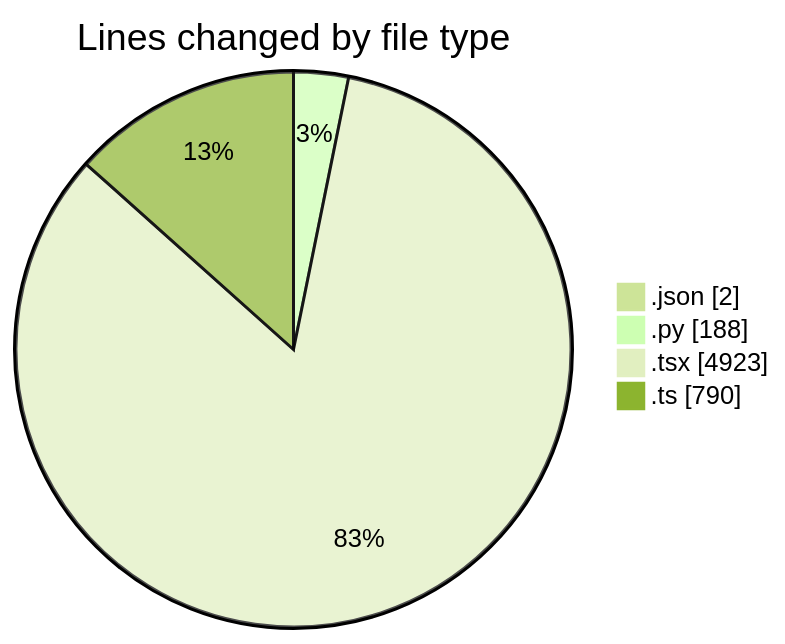
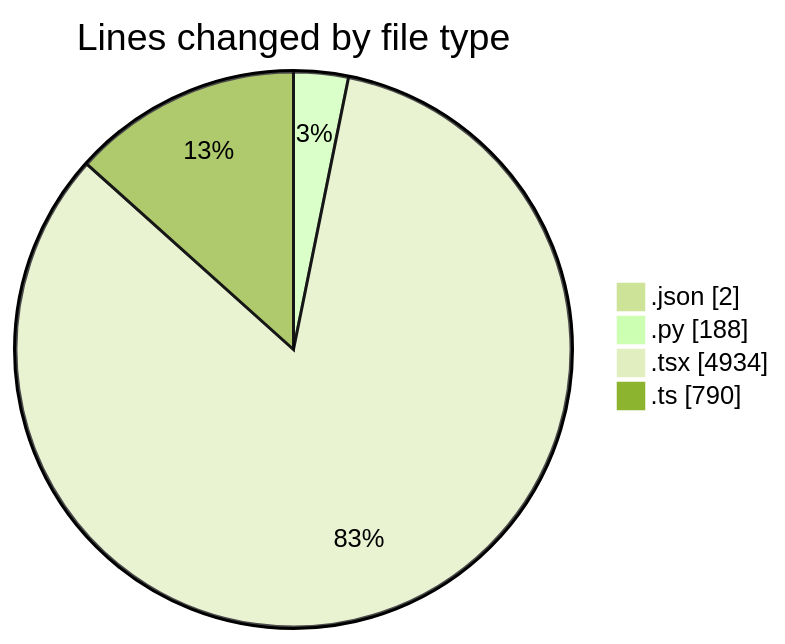
The first of 2 diagrams in 2025-10-06/eventscop-frontend-guide__workspace_/README.md (julien-gomy/code-tracking), drawn with Mermaid (forest theme) before and after one commit. The commit also changed other lines of this file and 1 other file, not shown here.

````diff
--- a/2025-10-06/eventscop-frontend-guide__workspace_/README.md
+++ b/2025-10-06/eventscop-frontend-guide__workspace_/README.md
@@ -56,8 +56,8 @@
 ```mermaid
 pie showData
 title Lines changed by file type
 ".json" : 2
 ".py" : 188
-".tsx" : 4923
+".tsx" : 4934
 ".ts" : 790
 ```
````
